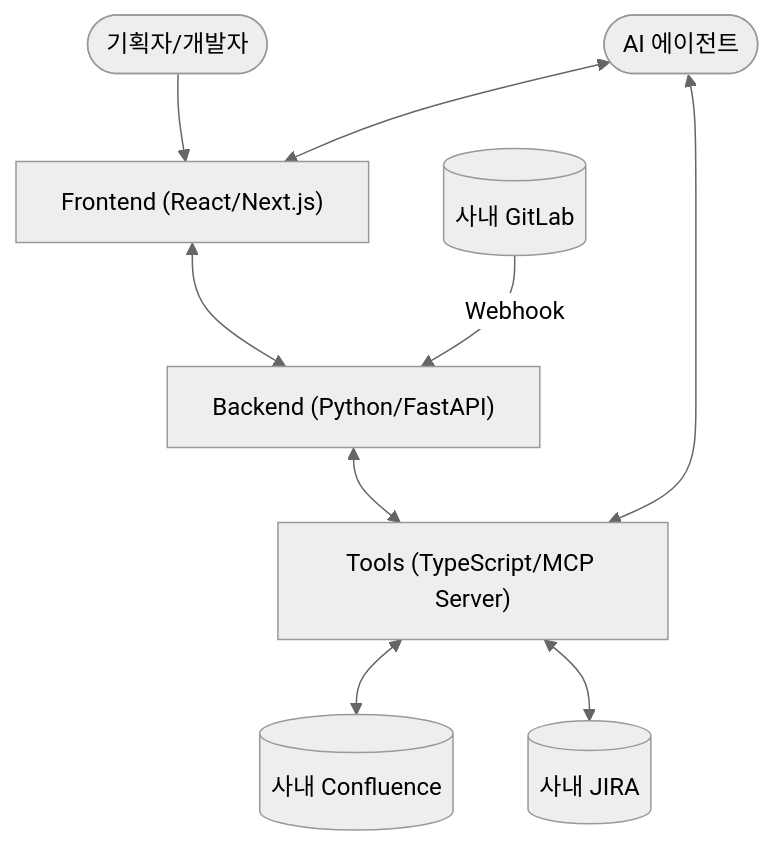
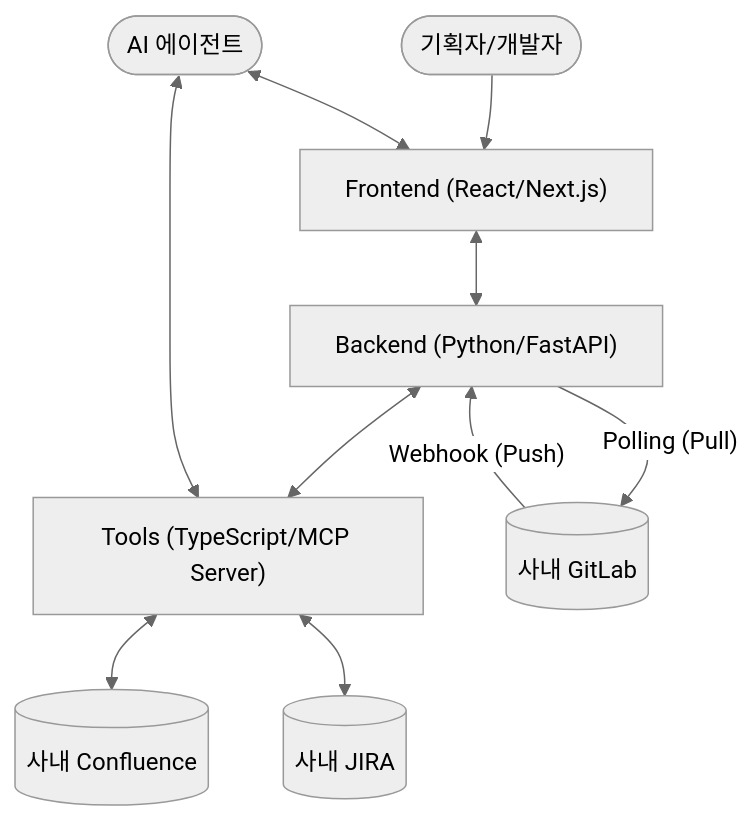
The diagram in tdecollab-docs/specs/001-agentic-prd-harness/plan.md (goodjoon/tdecollab_public), drawn with Mermaid (neutral theme) before and after one commit. The commit also changed 4 other files, not shown here.

Commit message:
feat(docs): add polling option as fallback for gitlab-jira webhook integration

````diff
--- a/tdecollab-docs/specs/001-agentic-prd-harness/plan.md
+++ b/tdecollab-docs/specs/001-agentic-prd-harness/plan.md
@@ -33,11 +33,12 @@
 ```mermaid
 flowchart TD
     User(["기획자/개발자"]) --> UI["Frontend (React/Next.js)"]
     UI <--> Backend["Backend (Python/FastAPI)"]
     Backend <--> MCP["Tools (TypeScript/MCP Server)"]
     MCP <--> Confluence[("사내 Confluence")]
     MCP <--> JIRA[("사내 JIRA")]
-    GitLab[("사내 GitLab")] -- Webhook --> Backend
+    GitLab[("사내 GitLab")] -- "Webhook (Push)" --> Backend
+    Backend -- "Polling (Pull)" --> GitLab
     AI(["AI 에이전트"]) <--> UI
     AI <--> MCP
 ```
````
